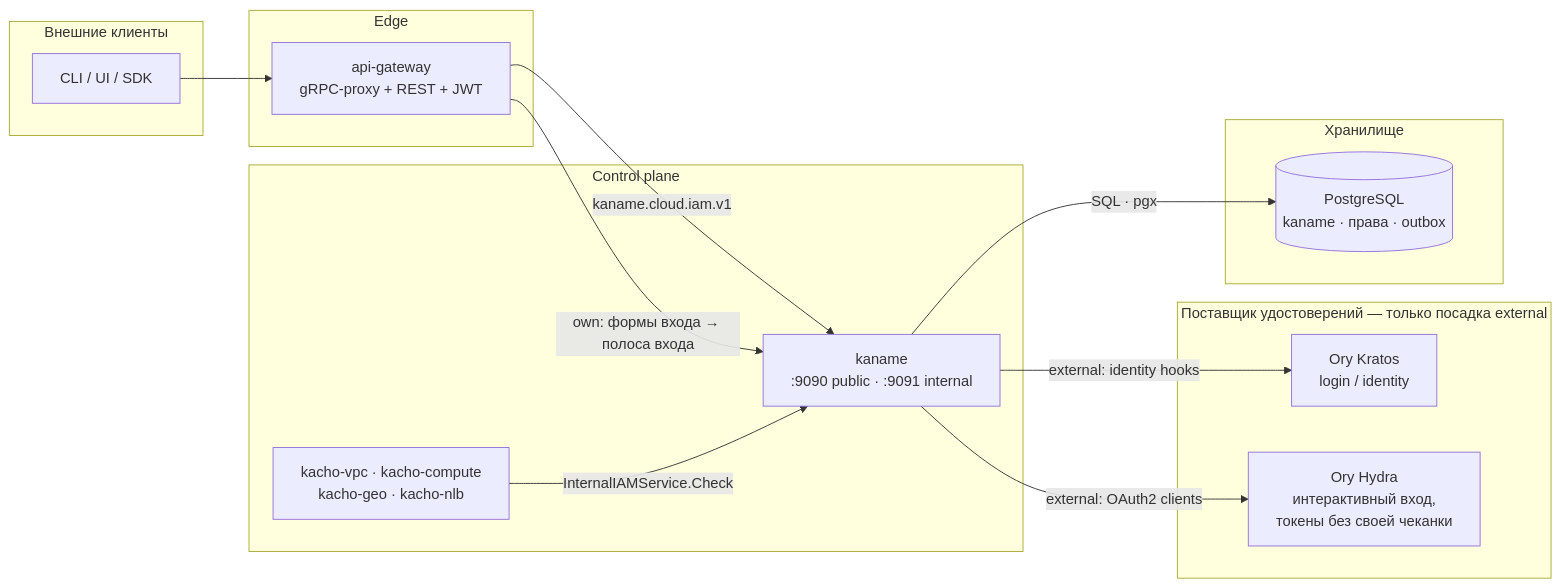
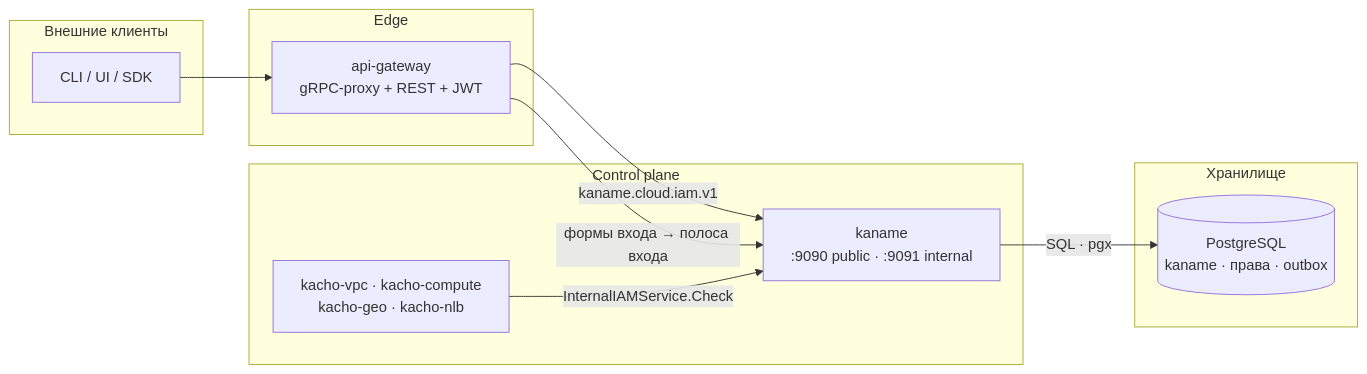
The second of 2 diagrams in docs/content/intro.mdx (PRO-Robotech/kaname), drawn with Mermaid before and after one commit. The commit also changed other lines of this file and 15 other files, not shown here.

````diff
--- a/docs/content/intro.mdx
+++ b/docs/content/intro.mdx
@@ -138,28 +132,22 @@
 ```mermaid
 flowchart LR
   subgraph ext["Внешние клиенты"]
     cli["CLI / UI / SDK"]
   end
   subgraph edge["Edge"]
     agw["api-gateway<br/>gRPC-proxy + REST + JWT"]
   end
   subgraph cp["Control plane"]
     iam["kaname<br/>:9090 public · :9091 internal"]
     peers["kacho-vpc · kacho-compute<br/>kacho-geo · kacho-nlb"]
   end
-  subgraph idp["Поставщик удостоверений — только посадка external"]
-    kratos["Ory Kratos<br/>login / identity"]
-    hydra["Ory Hydra<br/>интерактивный вход,<br/>токены без своей чеканки"]
-  end
   subgraph store["Хранилище"]
     pg[("PostgreSQL<br/>kaname · права · outbox")]
   end
 
   cli --> agw
   agw -->|"kaname.cloud.iam.v1"| iam
-  agw -->|"own: формы входа → полоса входа"| iam
+  agw -->|"формы входа → полоса входа"| iam
   iam -->|"SQL · pgx"| pg
-  iam -->|"external: identity hooks"| kratos
-  iam -->|"external: OAuth2 clients"| hydra
   peers -->|"InternalIAMService.Check"| iam
 ```
````
